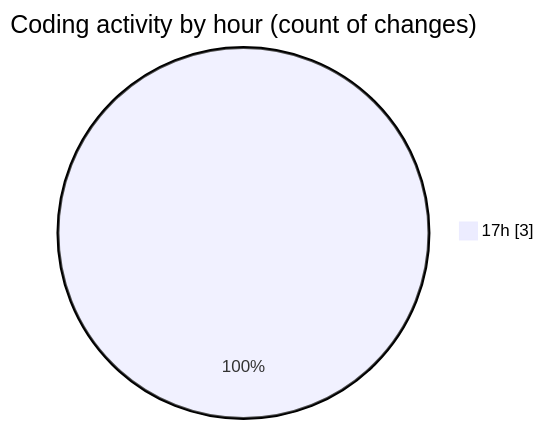
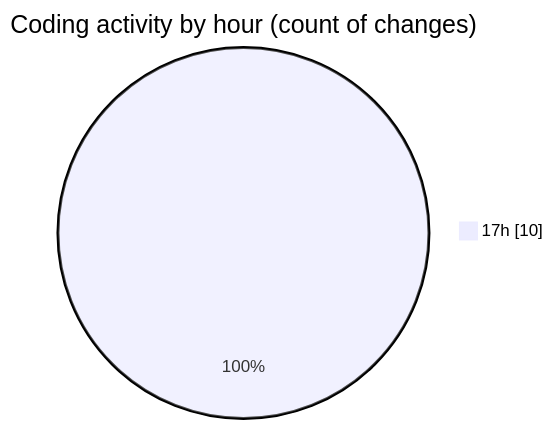
Before and after one commit to earendildev/code-tracking: the second of 2 diagrams in 2025-05-07/scripts__workspace_/README.md, drawn with Mermaid. The commit also changed other lines of this file and 1 other file, not shown here.

````diff
--- a/2025-05-07/scripts__workspace_/README.md
+++ b/2025-05-07/scripts__workspace_/README.md
@@ -28,5 +28,5 @@
 ```mermaid
 pie showData
 title Coding activity by hour (count of changes)
-"17h" : 3
+"17h" : 10
 ```
````
